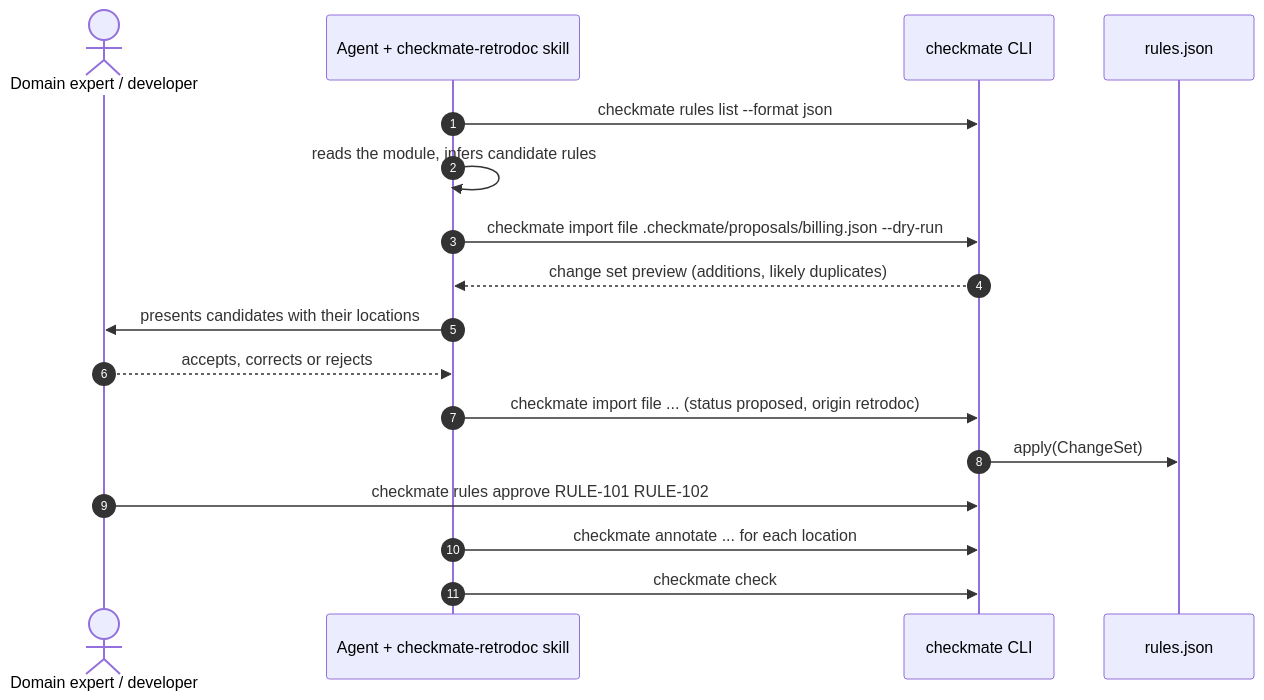
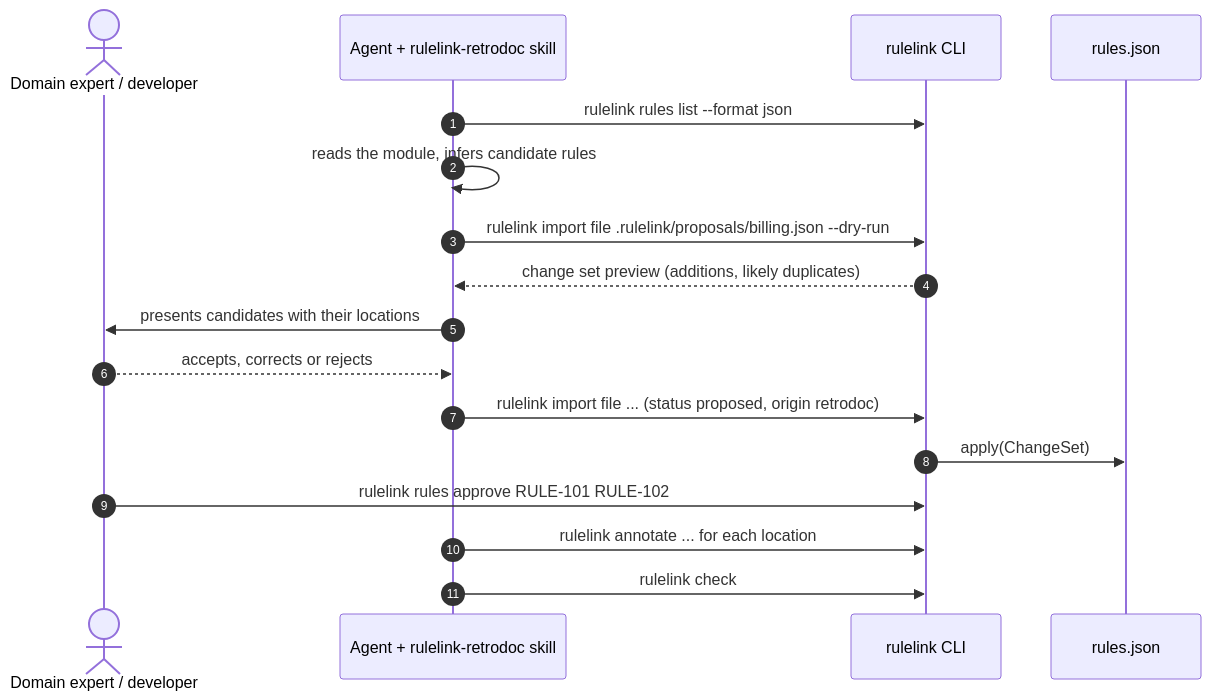
Before and after one commit to E-Jacques/Rulelink: the sixth of 7 diagrams in docs/architecture/00-global-architecture.md, drawn with Mermaid. The commit also changed other lines of this file and 126 other files, not shown here.

First line of the commit message:
chore: rename the project from Checkmate to Rulelink (#6)

````diff
--- a/docs/architecture/00-global-architecture.md
+++ b/docs/architecture/00-global-architecture.md
@@ -289,20 +289,20 @@
 ```mermaid
 sequenceDiagram
     autonumber
     actor Dev as Domain expert / developer
-    participant AG as Agent + checkmate-retrodoc skill
-    participant CLI as checkmate CLI
+    participant AG as Agent + rulelink-retrodoc skill
+    participant CLI as rulelink CLI
     participant SRC as rules.json
 
-    AG->>CLI: checkmate rules list --format json
+    AG->>CLI: rulelink rules list --format json
     AG->>AG: reads the module, infers candidate rules
-    AG->>CLI: checkmate import file .checkmate/proposals/billing.json --dry-run
+    AG->>CLI: rulelink import file .rulelink/proposals/billing.json --dry-run
     CLI-->>AG: change set preview (additions, likely duplicates)
     AG->>Dev: presents candidates with their locations
     Dev-->>AG: accepts, corrects or rejects
-    AG->>CLI: checkmate import file ... (status proposed, origin retrodoc)
+    AG->>CLI: rulelink import file ... (status proposed, origin retrodoc)
     CLI->>SRC: apply(ChangeSet)
-    Dev->>CLI: checkmate rules approve RULE-101 RULE-102
-    AG->>CLI: checkmate annotate ... for each location
-    AG->>CLI: checkmate check
+    Dev->>CLI: rulelink rules approve RULE-101 RULE-102
+    AG->>CLI: rulelink annotate ... for each location
+    AG->>CLI: rulelink check
 ```
````
